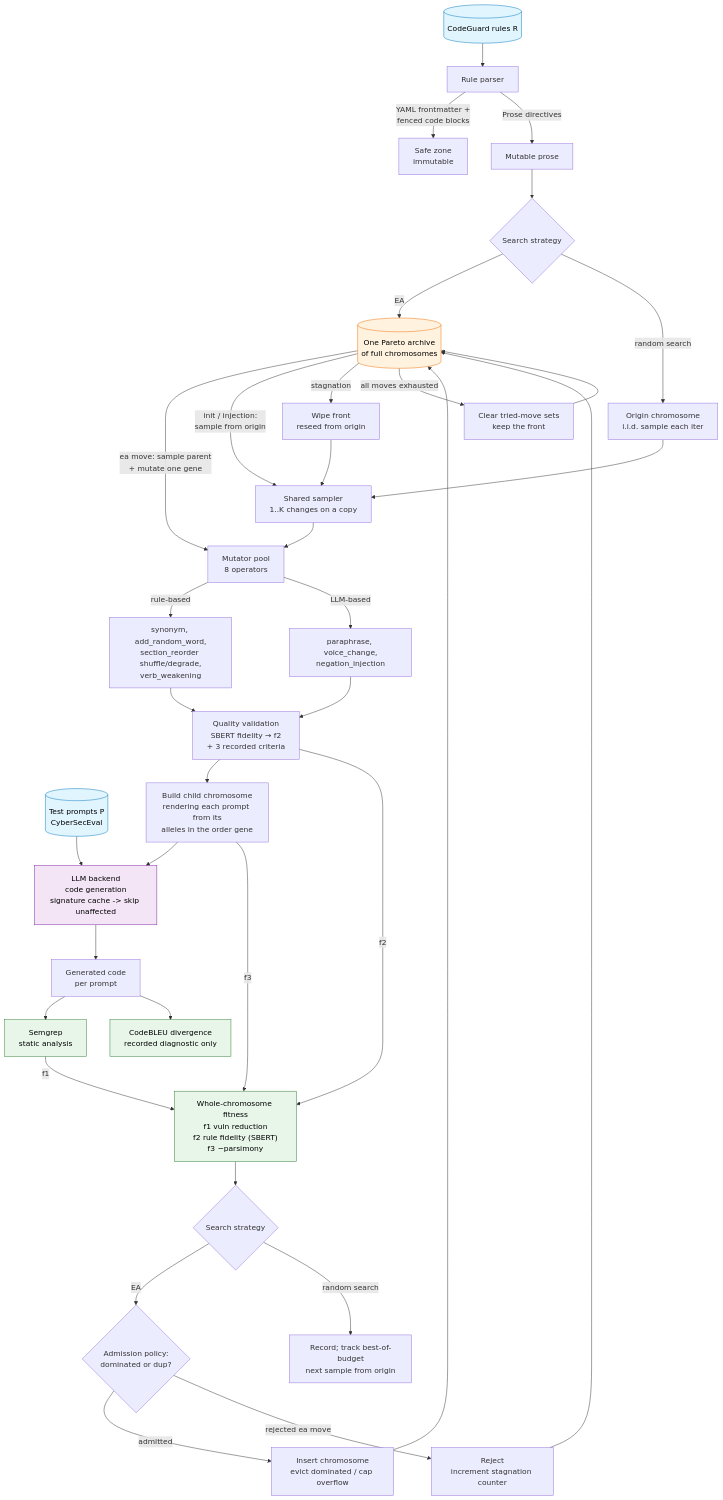
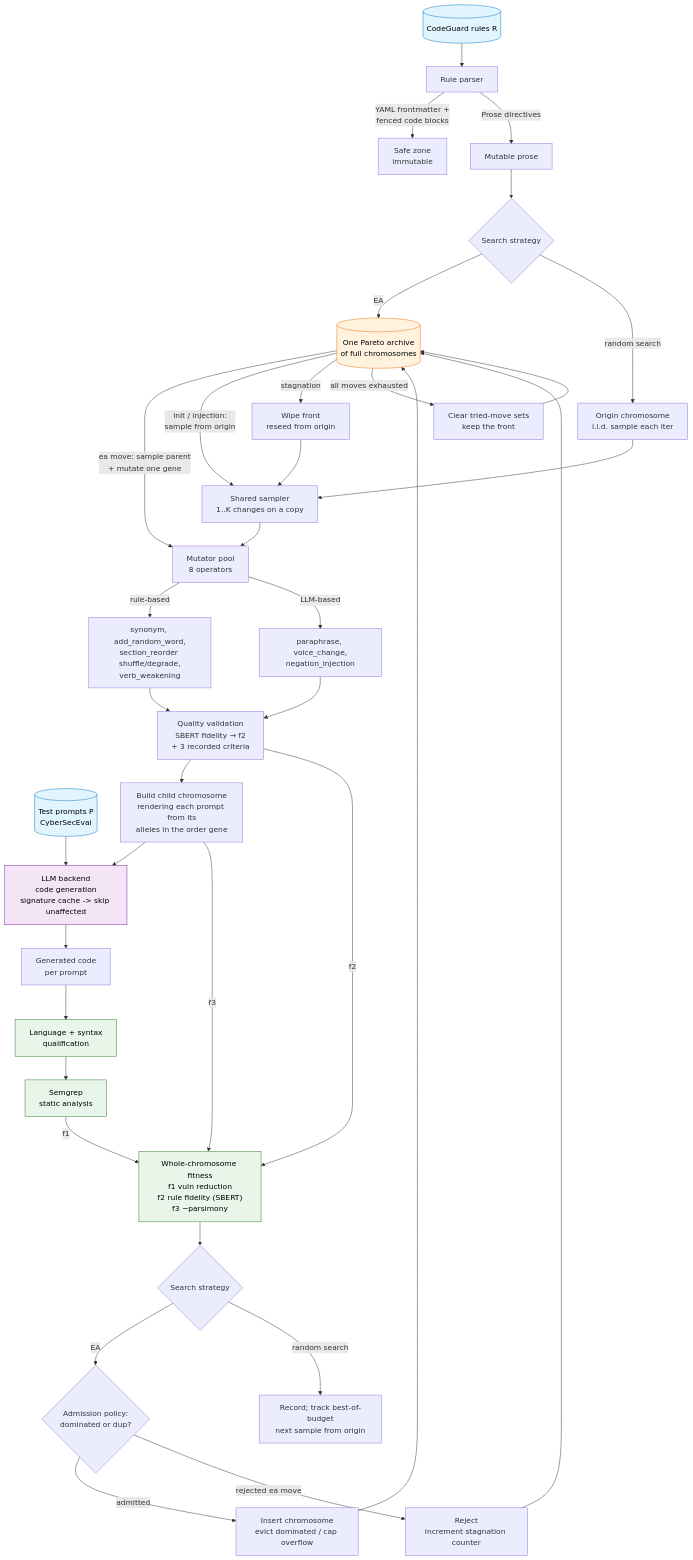
The diagram in ARCHITECTURE.md (RobertoN0/rule-mutation), drawn with Mermaid before and after one commit. The commit also changed other lines of this file and 7 other files, not shown here.

Commit message:
chore(docs): documentation update Update the repository docs around raw-count f1, generated-output validation, prompt-local imputation, Semgrep provenance, qualified maps, and the remaining schema-5 analysis gap.

````diff
--- a/ARCHITECTURE.md
+++ b/ARCHITECTURE.md
@@ -21,63 +21,63 @@
 ```mermaid
 flowchart TD
     %% ===== Inputs =====
     R[("CodeGuard rules R")]
     P[("Test prompts P<br/>CyberSecEval")]
 
     %% ===== Rule parsing / safe-zone contract =====
     R --> RP[Rule parser]
     RP -->|YAML frontmatter +<br/>fenced code blocks| SZ[Safe zone<br/>immutable]
     RP -->|Prose directives| MZ[Mutable prose]
 
     %% ===== Strategy split: how the next candidate is built =====
     MZ --> STRAT{Search strategy}
     STRAT -->|EA| ARC[("One Pareto archive<br/>of full chromosomes")]
     STRAT -->|random search| ORG[Origin chromosome<br/>i.i.d. sample each iter]
     ARC -->|ea move: sample parent<br/>+ mutate one gene| MUT[Mutator pool<br/>8 operators]
     ARC -->|init / injection:<br/>sample from origin| SMP[Shared sampler<br/>1..K changes on a copy]
     ORG --> SMP
     SMP --> MUT
 
     %% ===== Mutator pool =====
     MUT -->|rule-based| MB[synonym, add_random_word,<br/>section_reorder shuffle/degrade,<br/>verb_weakening]
     MUT -->|LLM-based| LB[paraphrase, voice_change,<br/>negation_injection]
     MB --> QV[Quality validation<br/>SBERT fidelity → f2<br/>+ 3 recorded criteria]
     LB --> QV
     QV --> ASM[Build child chromosome<br/>rendering each prompt from its<br/>alleles in the order gene]
 
     %% ===== Fitness evaluation (conservative objectives) =====
     ASM --> LLM[LLM backend<br/>code generation<br/>signature cache -> skip unaffected]
     P --> LLM
     LLM --> CODE[Generated code<br/>per prompt]
-    CODE --> SG[Semgrep<br/>static analysis]
-    CODE --> CB[CodeBLEU divergence<br/>recorded diagnostic only]
+    CODE --> OV[Language + syntax<br/>qualification]
+    OV --> SG[Semgrep<br/>static analysis]
     SG -->|f1| FIT["Whole-chromosome fitness<br/>f1 vuln reduction<br/>f2 rule fidelity (SBERT)<br/>f3 −parsimony"]
     QV -->|f2| FIT
     ASM -->|f3| FIT
 
     %% ===== Acceptance: strategy-dependent =====
     FIT --> ACC{Search strategy}
     ACC -->|EA| TA{Admission policy:<br/>dominated or dup?}
     ACC -->|random search| LOG[Record; track best-of-budget<br/>next sample from origin]
     TA -->|admitted| INS[Insert chromosome<br/>evict dominated / cap overflow]
     TA -->|rejected ea move| REJ[Reject<br/>increment stagnation counter]
     INS --> ARC
     REJ --> ARC
 
     %% ===== Restart (EA only): stagnation wipes+reseeds; exhaustion only re-opens =====
     ARC -->|stagnation| RST[Wipe front<br/>reseed from origin]
     RST --> SMP
     ARC -->|all moves exhausted| ROP[Clear tried-move sets<br/>keep the front]
     ROP --> ARC
 
     %% ===== Styling =====
     classDef input fill:#e1f5fe,stroke:#0277bd,color:#000
     classDef archive fill:#fff3e0,stroke:#ef6c00,color:#000
     classDef llm fill:#f3e5f5,stroke:#7b1fa2,color:#000
     classDef metric fill:#e8f5e9,stroke:#2e7d32,color:#000
 
     class R,P input
     class ARC archive
     class LLM llm
-    class FIT,SG,CB metric
+    class FIT,SG,OV metric
 ```
````
